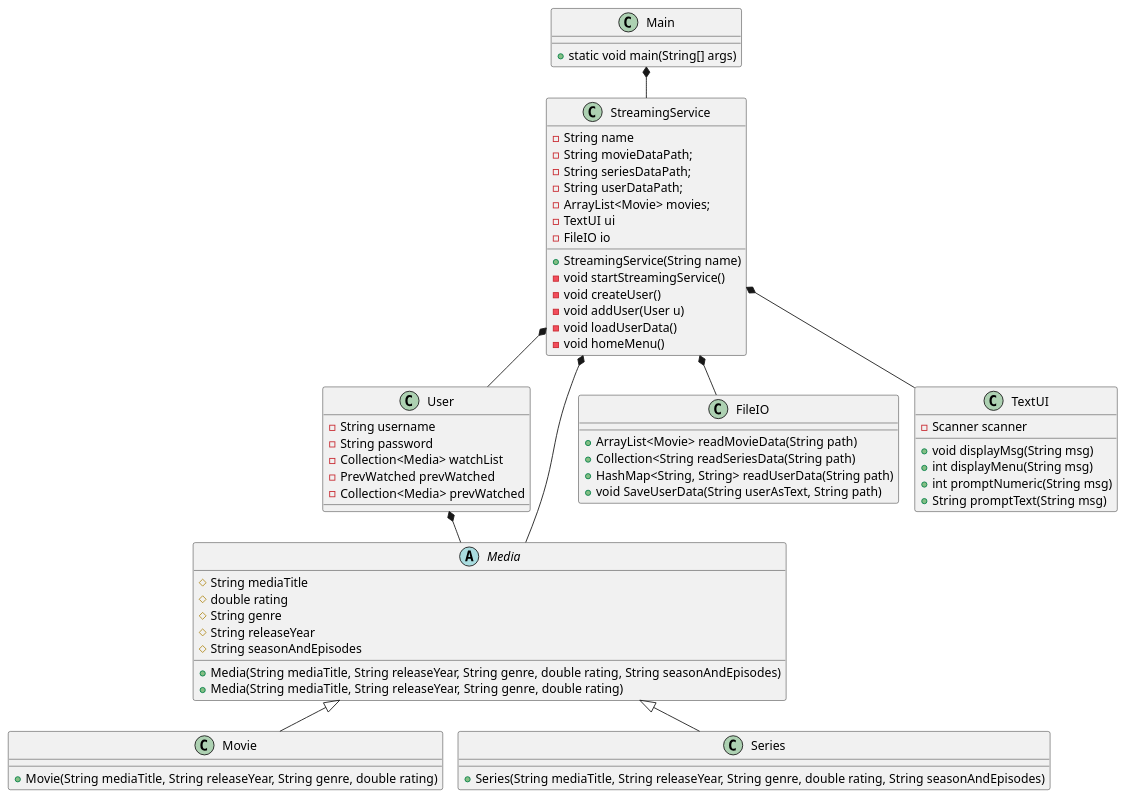
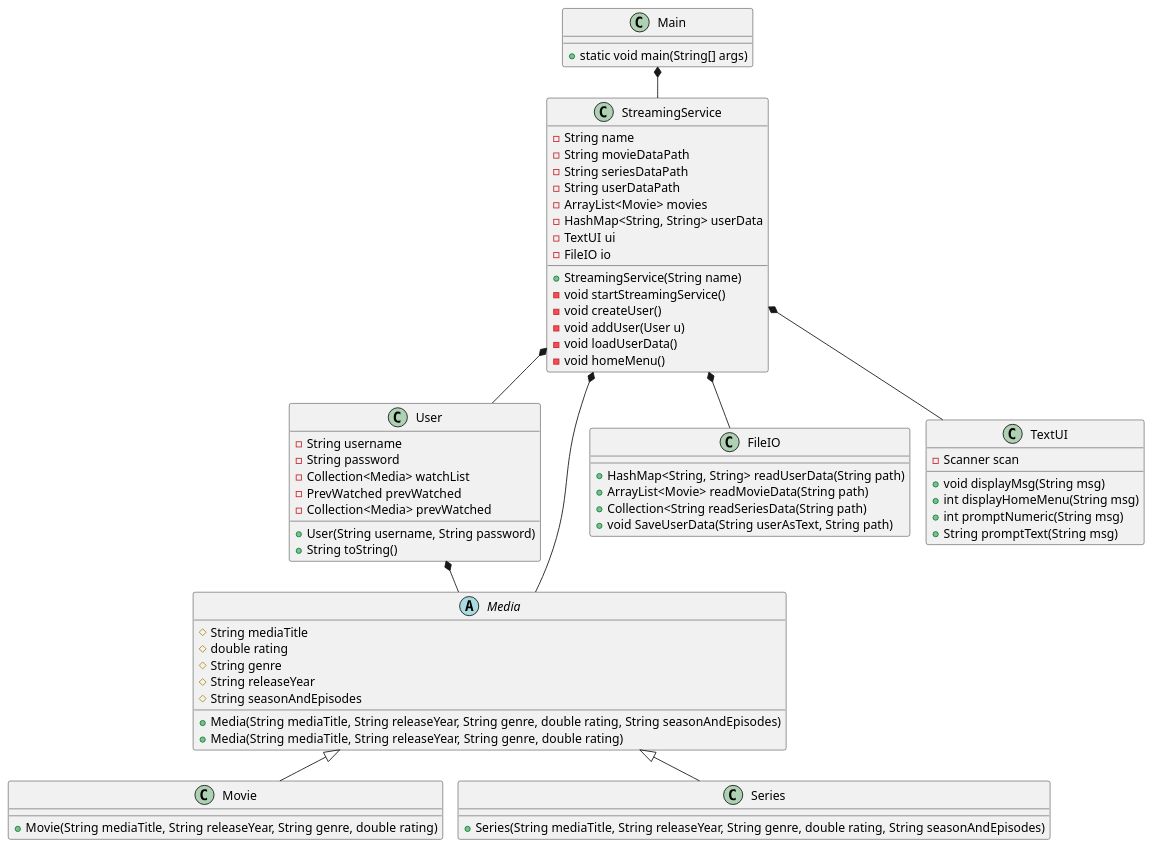
One commit to EmilDagsberg/SP3 changed the diagram in doc/classdiagram/classdiagram_v1.puml. Above: the diagram before and after it, drawn with PlantUML. The commit also changed 2 other files, not shown here.

Commit message:
Har skrevet kode til createUser der sørger for man ikke kan skrive et username, der allerede eksistere. Ellers bare små ændringer og ændringer til klassdiagrammet

```diff
--- a/doc/classdiagram/classdiagram_v1.puml
+++ b/doc/classdiagram/classdiagram_v1.puml
@@ -1,81 +1,84 @@
 @startuml
 !pragma layout smetana
 
 class Main {
 + static void main(String[] args)
 }
 
 class StreamingService{
 - String name
-- String movieDataPath;
-- String seriesDataPath;
-- String userDataPath;
-- ArrayList<Movie> movies;
+- String movieDataPath
+- String seriesDataPath
+- String userDataPath
+- ArrayList<Movie> movies
+- HashMap<String, String> userData
 - TextUI ui
 - FileIO io
 + StreamingService(String name)
 - void startStreamingService()
 - void createUser()
 - void addUser(User u)
 - void loadUserData()
 - void homeMenu()
 
 
 }
 
 class User {
 - String username
 - String password
 - Collection<Media> watchList
 - PrevWatched prevWatched
 - Collection<Media> prevWatched
++ User(String username, String password)
++ String toString()
 
 }
 
 
 abstract class Media{
 # String mediaTitle
 # double rating
 # String genre
 # String releaseYear
 # String seasonAndEpisodes
 +Media(String mediaTitle, String releaseYear, String genre, double rating, String seasonAndEpisodes)
 +Media(String mediaTitle, String releaseYear, String genre, double rating)
 }
 
 class Movie{
 + Movie(String mediaTitle, String releaseYear, String genre, double rating)
 'metode der loader liste over film?
 
 }
 
 class Series{
 +Series(String mediaTitle, String releaseYear, String genre, double rating, String seasonAndEpisodes)
 'metode der loader liste over serier?
 }
 
 class FileIO {
++ HashMap<String, String> readUserData(String path)
 + ArrayList<Movie> readMovieData(String path)
 + Collection<String readSeriesData(String path)
-+ HashMap<String, String> readUserData(String path)
 + void SaveUserData(String userAsText, String path)
 }
 
 class TextUI {
-- Scanner scanner
+- Scanner scan
 + void displayMsg(String msg)
-+ int displayMenu(String msg)
++ int displayHomeMenu(String msg)
 + int promptNumeric(String msg)
 + String promptText(String msg)
 
 }
 
 Main *-- StreamingService
 StreamingService *-- User
 StreamingService *-- FileIO
 StreamingService *-- TextUI
 Media <|-- Movie
 Media <|-- Series
 StreamingService *-- Media
 User *-- Media
 @enduml
```
